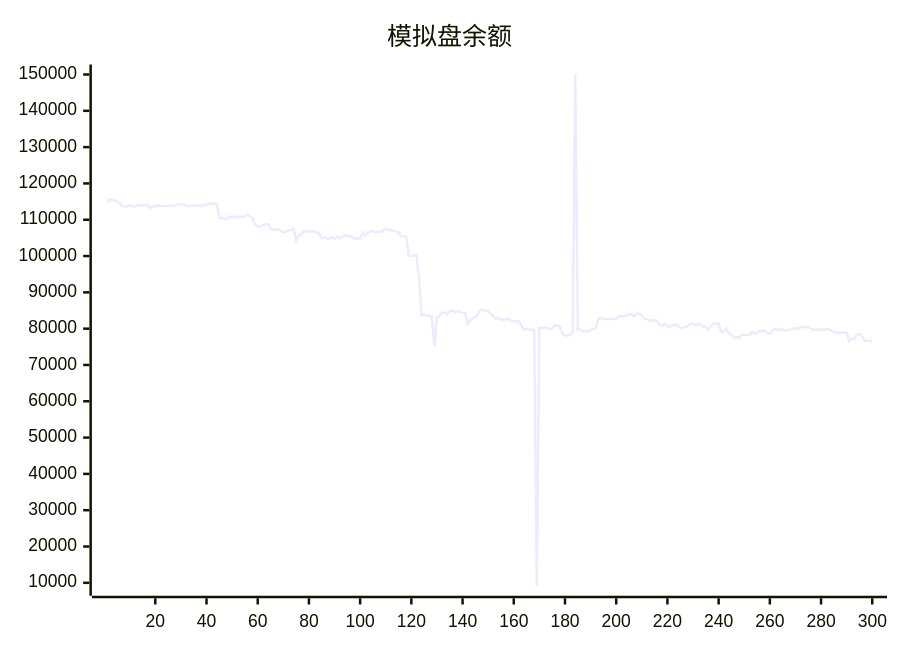
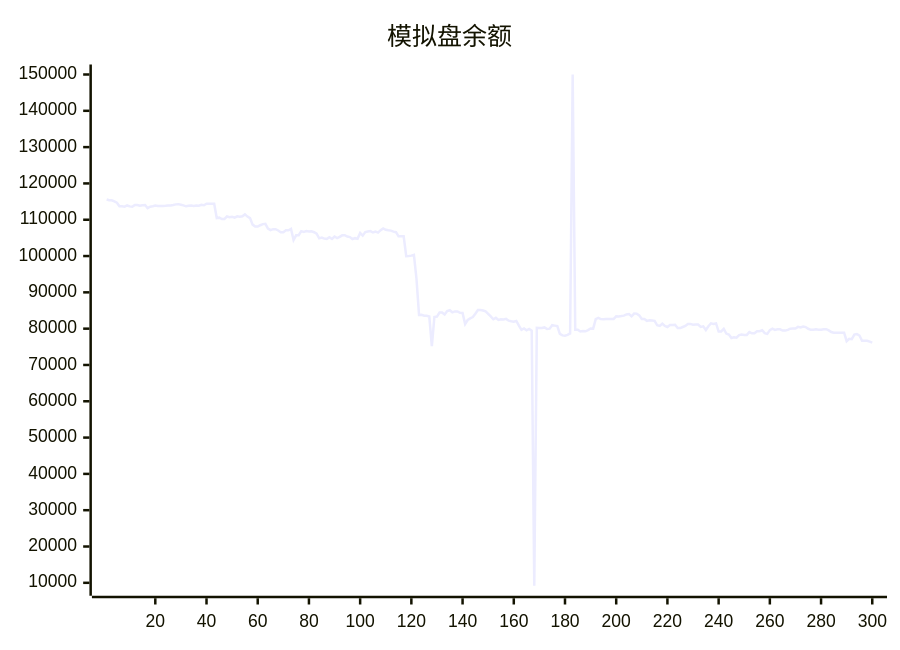
Before and after one commit to aahl/ai-trading: the diagram in README.md, drawn with Mermaid. The commit also changed other lines of this file and 1 other file, not shown here.

````diff
--- a/README.md
+++ b/README.md
@@ -5,5 +5,5 @@
 ```mermaid
 xychart
     title "模拟盘余额"
-    line [114730,115582,115358,115358,115032,114686,113688,113688,113610,113930,113672,113585,114083,114074,113840,113996,114051,113208,113593,113701,113901,113794,113784,113810,113848,113927,113929,114064,114232,114293,114144,113960,113698,113853,113942,113812,113908,113877,114091,113998,114427,114422,114384,114384,110477,110576,110198,110198,110890,110712,110812,110569,110929,110847,110968,111478,110870,110433,108661,108116,108115,108485,108797,108877,107536,107134,107393,107393,107046,106565,106565,107081,107081,107478,104404,105715,105749,106866,106651,106889,106771,106816,106565,106141,104876,105103,104796,104734,105169,104690,105380,104941,105272,105709,105739,105374,105227,104691,104924,104762,106364,105628,106608,106748,106872,106485,106721,106468,107132,107620,107224,107080,107001,106717,106567,105431,105431,105440,99950,100017,100113,100337,93749,83795,83807,83567,83567,83342,75168,83222,83336,84448,84449,83896,84839,85065,84499,84757,84757,84364,84347,81254,82385,82835,83184,84099,85150,85150,85002,84751,84096,83356,82582,82983,82404,82572,82512,82688,82200,82047,81920,82125,80840,79688,80060,79552,79920,79470,9193,80236,80208,80170,80336,79894,80006,80954,80837,80712,78561,78139,78037,78293,78682,150000,79720,79720,79214,79372,79279,79591,80046,79993,82625,82950,82626,82571,82633,82670,82670,82681,83386,83378,83464,83579,83920,84037,83402,84160,84142,83652,82655,82655,82145,82315,82243,82163,80934,80770,81371,80742,80468,80989,80989,81067,80191,80155,80450,80737,81309,81309,81106,81119,81119,80471,80631,79624,80670,81448,81290,81429,79212,79222,79940,78643,78380,77432,77623,77504,78235,78358,78284,78277,79048,78714,78714,79290,79308,79567,78763,78563,79603,79988,79652,79813,79813,79476,79469,79673,79995,80015,80015,80486,80314,80600,80436,79966,79689,79689,79819,79692,79692,79850,79850,79518,79071,78889,78850,78850,78878,78878,76554,77202,77103,78357,78510,78106,76678,76677,76672,76411]
+    line [115582,115358,115358,115032,114686,113688,113688,113610,113930,113672,113585,114083,114074,113840,113996,114051,113208,113593,113701,113901,113794,113784,113810,113848,113927,113929,114064,114232,114293,114144,113960,113698,113853,113942,113812,113908,113877,114091,113998,114427,114422,114384,114384,110477,110576,110198,110198,110890,110712,110812,110569,110929,110847,110968,111478,110870,110433,108661,108116,108115,108485,108797,108877,107536,107134,107393,107393,107046,106565,106565,107081,107081,107478,104404,105715,105749,106866,106651,106889,106771,106816,106565,106141,104876,105103,104796,104734,105169,104690,105380,104941,105272,105709,105739,105374,105227,104691,104924,104762,106364,105628,106608,106748,106872,106485,106721,106468,107132,107620,107224,107080,107001,106717,106567,105431,105431,105440,99950,100017,100113,100337,93749,83795,83807,83567,83567,83342,75168,83222,83336,84448,84449,83896,84839,85065,84499,84757,84757,84364,84347,81254,82385,82835,83184,84099,85150,85150,85002,84751,84096,83356,82582,82983,82404,82572,82512,82688,82200,82047,81920,82125,80840,79688,80060,79552,79920,79470,9193,80236,80208,80170,80336,79894,80006,80954,80837,80712,78561,78139,78037,78293,78682,150000,79720,79720,79214,79372,79279,79591,80046,79993,82625,82950,82626,82571,82633,82670,82670,82681,83386,83378,83464,83579,83920,84037,83402,84160,84142,83652,82655,82655,82145,82315,82243,82163,80934,80770,81371,80742,80468,80989,80989,81067,80191,80155,80450,80737,81309,81309,81106,81119,81119,80471,80631,79624,80670,81448,81290,81429,79212,79222,79940,78643,78380,77432,77623,77504,78235,78358,78284,78277,79048,78714,78714,79290,79308,79567,78763,78563,79603,79988,79652,79813,79813,79476,79469,79673,79995,80015,80015,80486,80314,80600,80436,79966,79689,79689,79819,79692,79692,79850,79850,79518,79071,78889,78850,78850,78878,78878,76554,77202,77103,78357,78510,78106,76678,76677,76672,76411,76159]
 ```
````
